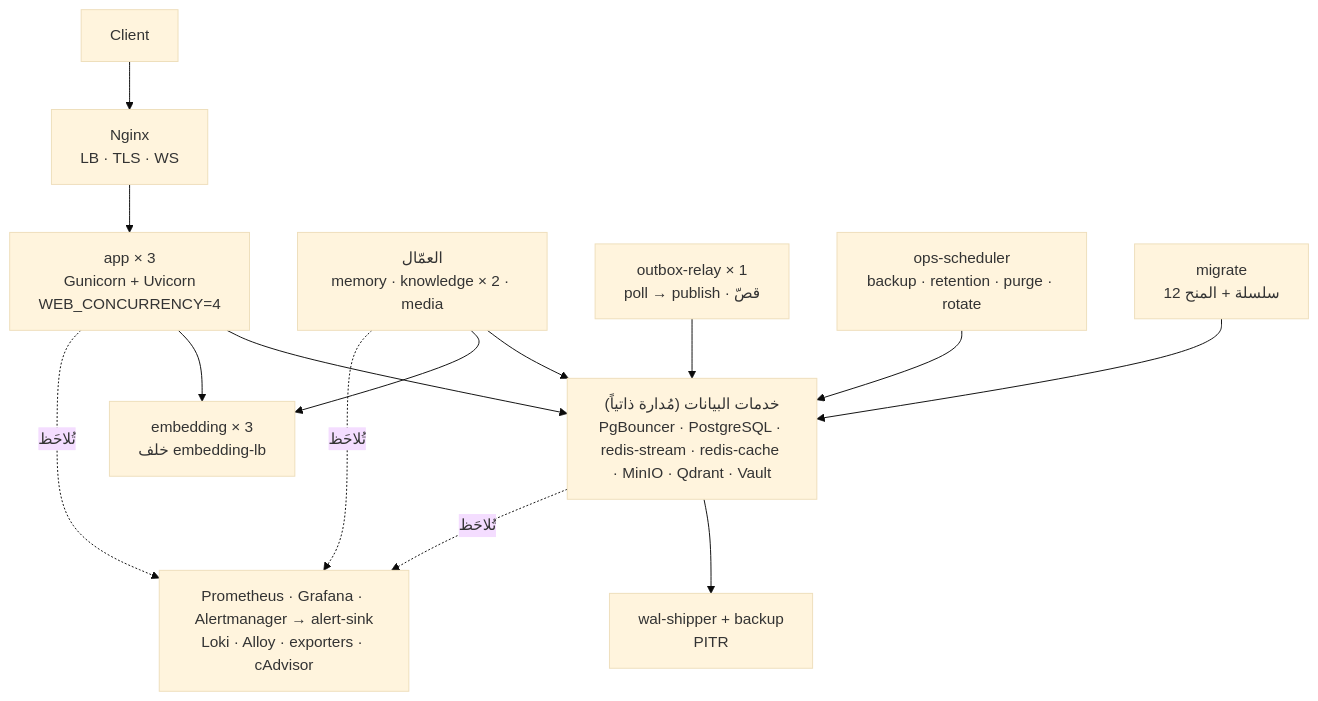
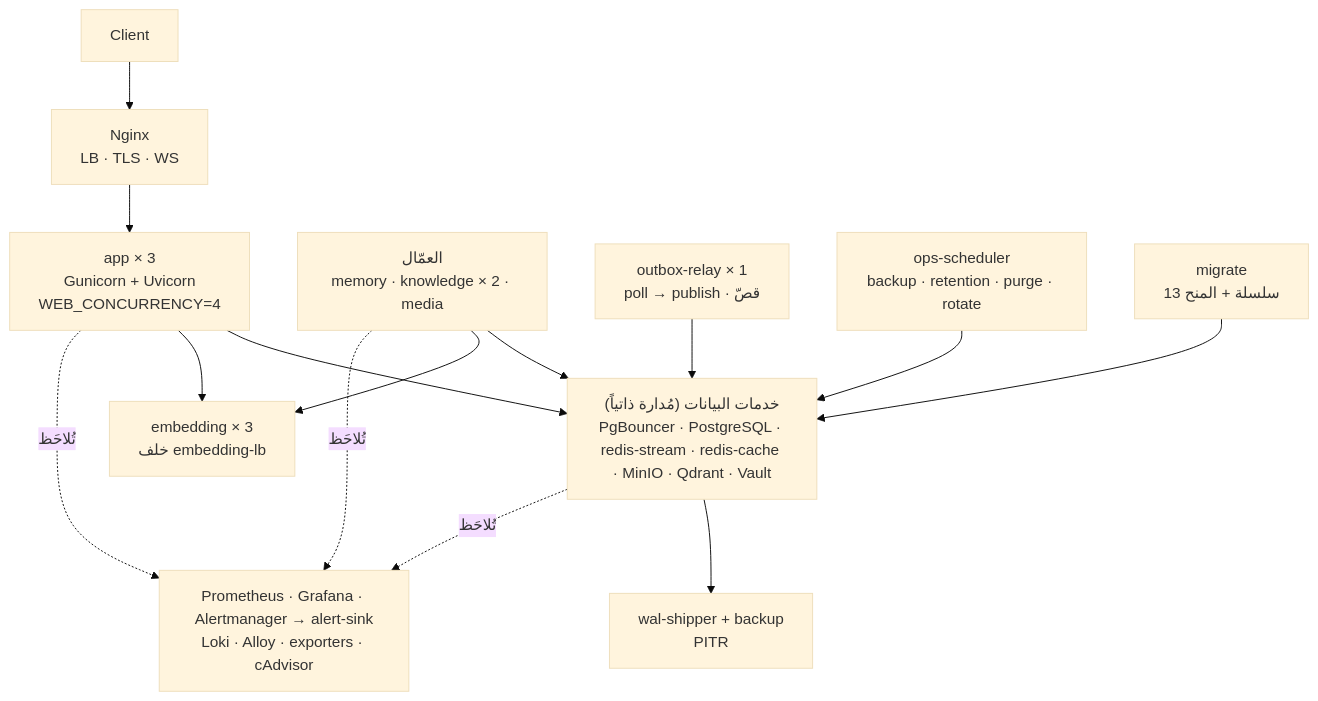
Before and after one commit to anastawahia/aizzak: the eighth of 8 diagrams in docs/architecture.md, drawn with Mermaid (base theme). The commit also changed other lines of this file and 1 other file, not shown here.

First line of the commit message:
docs(architecture): WireTwin electrical profile, stream.electrical and 13 migration chains in the architecture doc (S10, BD8, BD9)

````diff
--- a/docs/architecture.md
+++ b/docs/architecture.md
@@ -620,28 +621,28 @@
 ```mermaid
 graph TD
     Client["Client"]
     Nginx["Nginx<br/>LB · TLS · WS"]
     App["app × 3<br/>Gunicorn + Uvicorn<br/>WEB_CONCURRENCY=4"]
     Worker["العمّال<br/>memory · knowledge × 2 · media"]
     Outbox["outbox-relay × 1<br/>poll → publish · قصّ"]
     Sched["ops-scheduler<br/>backup · retention · purge · rotate"]
     Embed["embedding × 3<br/>خلف embedding-lb"]
-    Provision["migrate<br/>12 سلسلة + المنح"]
+    Provision["migrate<br/>13 سلسلة + المنح"]
     Data["خدمات البيانات (مُدارة ذاتياً)<br/>PgBouncer · PostgreSQL · redis-stream · redis-cache · MinIO · Qdrant · Vault"]
     Backup["wal-shipper + backup<br/>PITR"]
     Obs["Prometheus · Grafana · Alertmanager → alert-sink<br/>Loki · Alloy · exporters · cAdvisor"]
 
     Client --> Nginx
     Nginx --> App
     App --> Data
     App --> Embed
     Worker --> Data
     Worker --> Embed
     Outbox --> Data
     Sched --> Data
     Provision --> Data
     Data --> Backup
     App -. تُلاحَظ .-> Obs
     Worker -. تُلاحَظ .-> Obs
     Data -. تُلاحَظ .-> Obs
 ```
````
